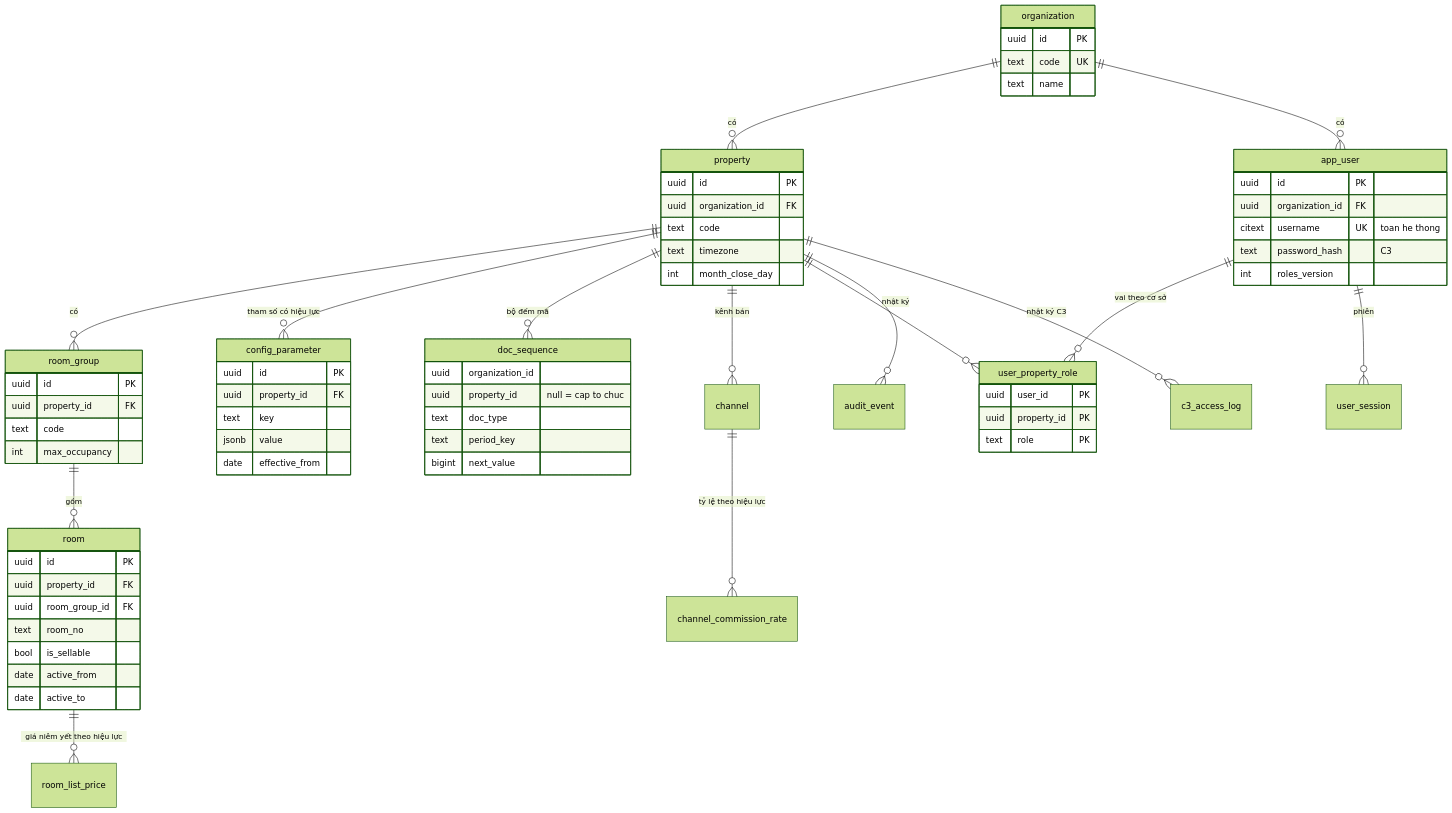
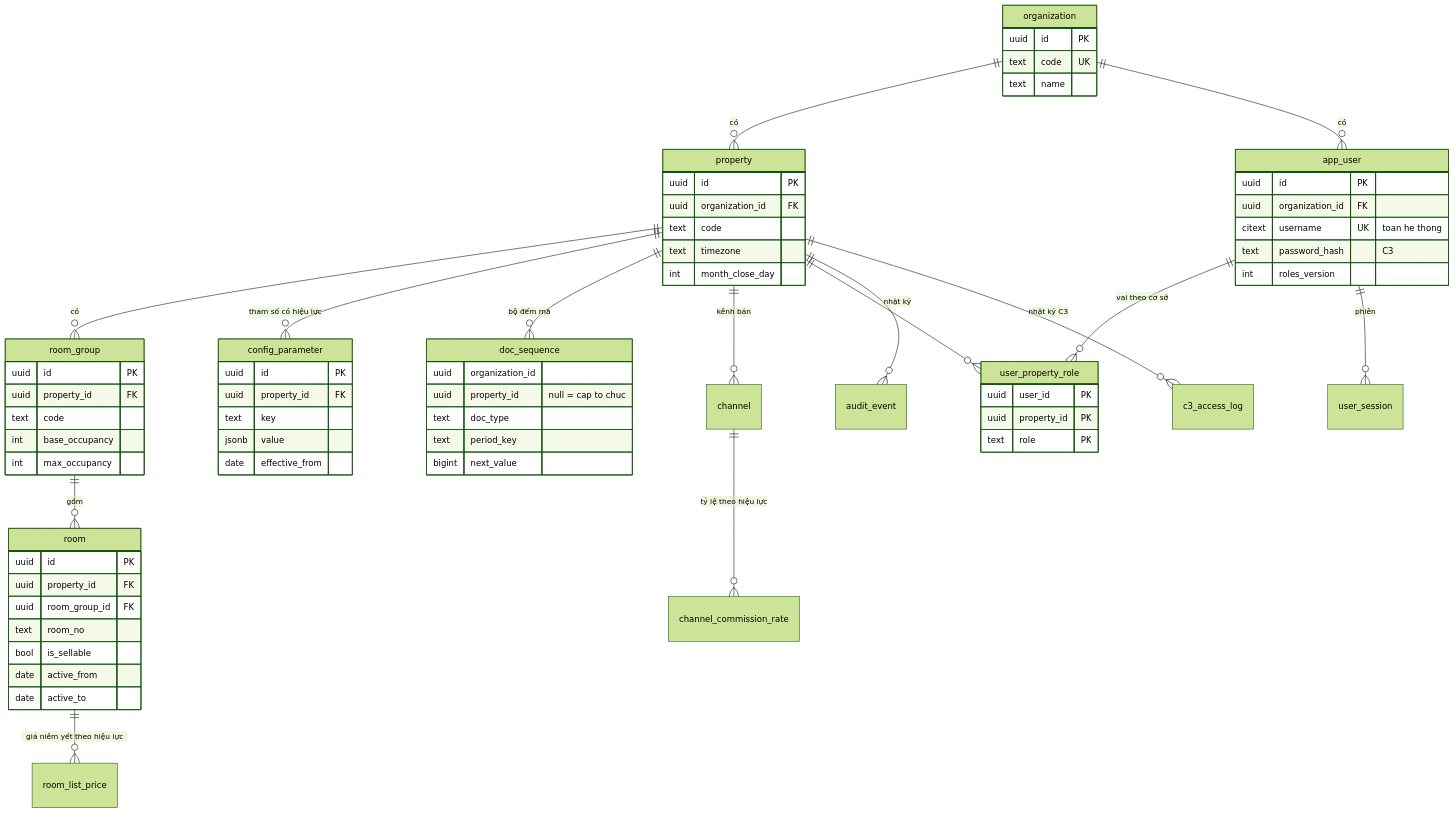
The first of 6 diagrams in product/docs/erd.md (anhvh93-tech/ottimo-hotel-app-public), drawn with Mermaid (forest theme) before and after one commit. The commit also changed other lines of this file and 4 other files, not shown here.

Commit message:
round-2: Đợt 0 – OpenAPI 0.3.1 / ERD 0.3.1 per BA specs (occupancy, kit tasks, direct source, param bounds)

````diff
--- a/product/docs/erd.md
+++ b/product/docs/erd.md
@@ -121,62 +121,63 @@
 ```mermaid
 erDiagram
   organization ||--o{ property : "có"
   organization ||--o{ app_user : "có"
   property ||--o{ room_group : "có"
   room_group ||--o{ room : "gồm"
   room ||--o{ room_list_price : "giá niêm yết theo hiệu lực"
   property ||--o{ config_parameter : "tham số có hiệu lực"
   property ||--o{ doc_sequence : "bộ đếm mã"
   property ||--o{ channel : "kênh bán"
   channel ||--o{ channel_commission_rate : "tỷ lệ theo hiệu lực"
   app_user ||--o{ user_property_role : "vai theo cơ sở"
   property ||--o{ user_property_role : ""
   app_user ||--o{ user_session : "phiên"
   property ||--o{ audit_event : "nhật ký"
   property ||--o{ c3_access_log : "nhật ký C3"
   organization {
     uuid id PK
     text code UK
     text name }
   property {
     uuid id PK
     uuid organization_id FK
     text code
     text timezone
     int month_close_day }
   room_group {
     uuid id PK
     uuid property_id FK
     text code
+    int base_occupancy
     int max_occupancy }
   room {
     uuid id PK
     uuid property_id FK
     uuid room_group_id FK
     text room_no
     bool is_sellable
     date active_from
     date active_to }
   config_parameter {
     uuid id PK
     uuid property_id FK
     text key
     jsonb value
     date effective_from }
   doc_sequence {
     uuid organization_id
     uuid property_id "null = cap to chuc"
     text doc_type
     text period_key
     bigint next_value }
   app_user {
     uuid id PK
     uuid organization_id FK
     citext username UK "toan he thong"
     text password_hash "C3"
     int roles_version }
   user_property_role {
     uuid user_id PK
     uuid property_id PK
     text role PK }
 ```
````
